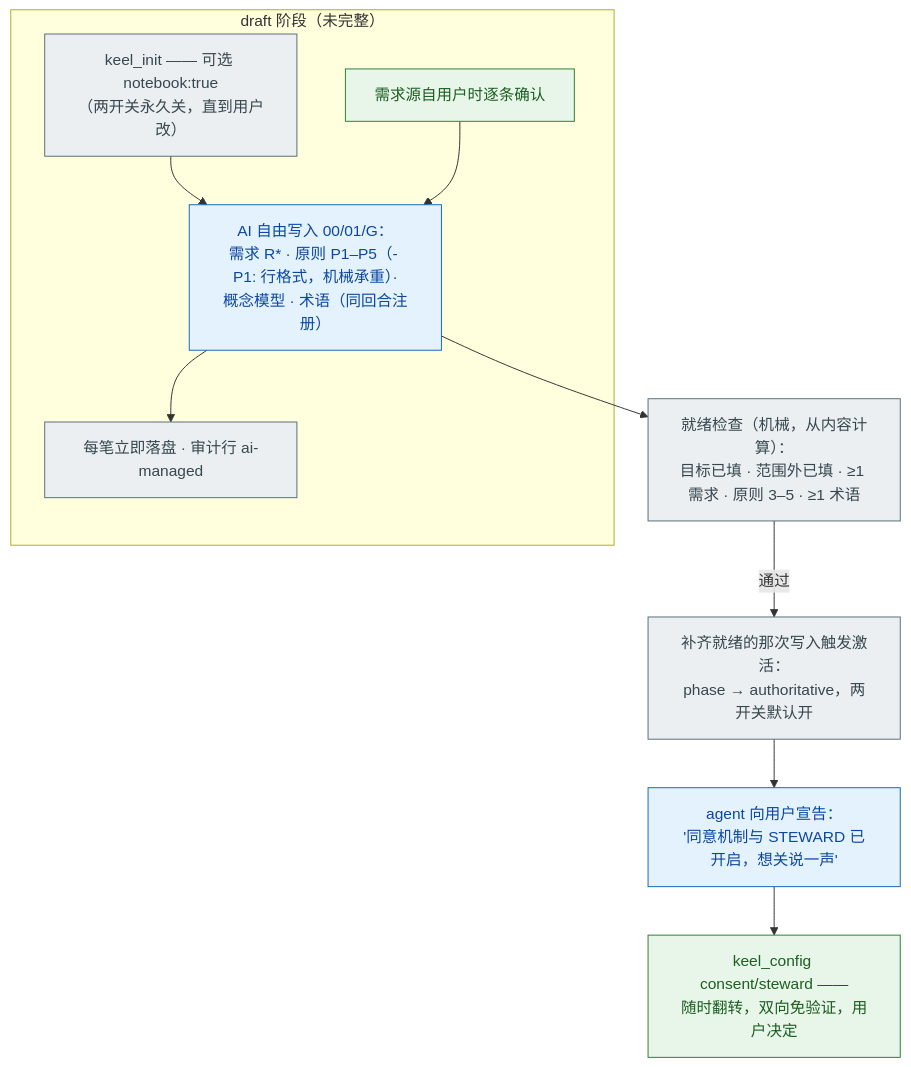
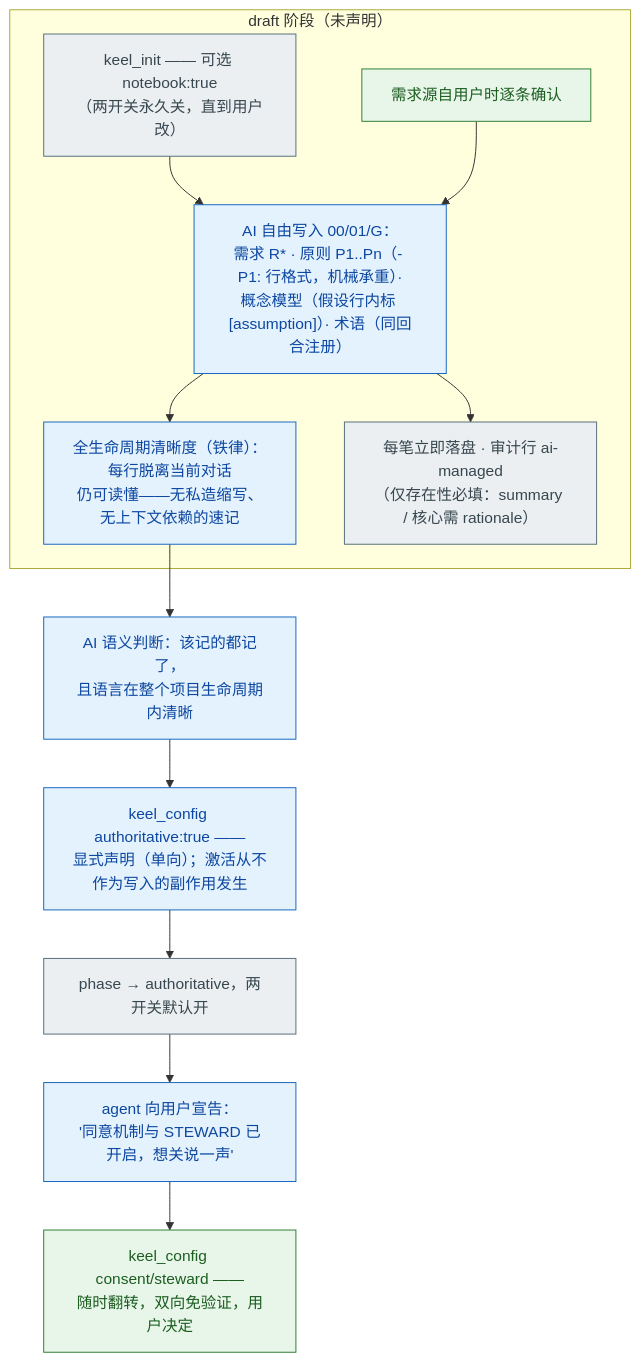
The third of 8 diagrams in docs/MENTAL-MODEL.md (maxi3777/Keel), drawn with Mermaid before and after one commit. The commit also changed other lines of this file and 17 other files, not shown here.

````diff
--- a/docs/MENTAL-MODEL.md
+++ b/docs/MENTAL-MODEL.md
@@ -84,22 +84,25 @@
 ```mermaid
 flowchart TD
-    subgraph D["draft 阶段（未完整）"]
+    subgraph D["draft 阶段（未声明）"]
     INIT["keel_init —— 可选 notebook:true<br/>（两开关永久关，直到用户改）"]:::mech
-    FREE["AI 自由写入 00/01/G：<br/>需求 R* · 原则 P1–P5（- P1: 行格式，机械承重）·<br/>概念模型 · 术语（同回合注册）"]:::ai
-    LOGD["每笔立即落盘 · 审计行 ai-managed"]:::mech
+    FREE["AI 自由写入 00/01/G：<br/>需求 R* · 原则 P1..Pn（- P1: 行格式，机械承重）·<br/>概念模型（假设行内标 [assumption]）· 术语（同回合注册）"]:::ai
+    CLEAR["全生命周期清晰度（铁律）：每行脱离当前对话<br/>仍可读懂——无私造缩写、无上下文依赖的速记"]:::ai
+    LOGD["每笔立即落盘 · 审计行 ai-managed<br/>（仅存在性必填：summary / 核心需 rationale）"]:::mech
     CONF["需求源自用户时逐条确认"]:::human
     end
-    READY["就绪检查（机械，从内容计算）：<br/>目标已填 · 范围外已填 · ≥1 需求 · 原则 3–5 · ≥1 术语"]:::mech
-    ACT["补齐就绪的那次写入触发激活：<br/>phase → authoritative，两开关默认开"]:::mech
+    JUDGE["AI 语义判断：该记的都记了，<br/>且语言在整个项目生命周期内清晰"]:::ai
+    DECLARE["keel_config authoritative:true ——<br/>显式声明（单向）；激活从不作为写入的副作用发生"]:::ai
+    ACT["phase → authoritative，两开关默认开"]:::mech
     TELL["agent 向用户宣告：<br/>'同意机制与 STEWARD 已开启，想关说一声'"]:::ai
     SW["keel_config consent/steward ——<br/>随时翻转，双向免验证，用户决定"]:::human
 
     INIT --> FREE --> LOGD
     CONF --> FREE
-    FREE --> READY
-    READY -->|"通过"| ACT --> TELL
+    FREE --> CLEAR
+    CLEAR --> JUDGE
+    JUDGE --> DECLARE --> ACT --> TELL
     TELL --> SW
     classDef human fill:#e8f5e9,stroke:#2e7d32,color:#1b5e20
     classDef ai fill:#e3f2fd,stroke:#1565c0,color:#0d47a1
     classDef mech fill:#eceff1,stroke:#546e7a,color:#37474f
 ```
````
